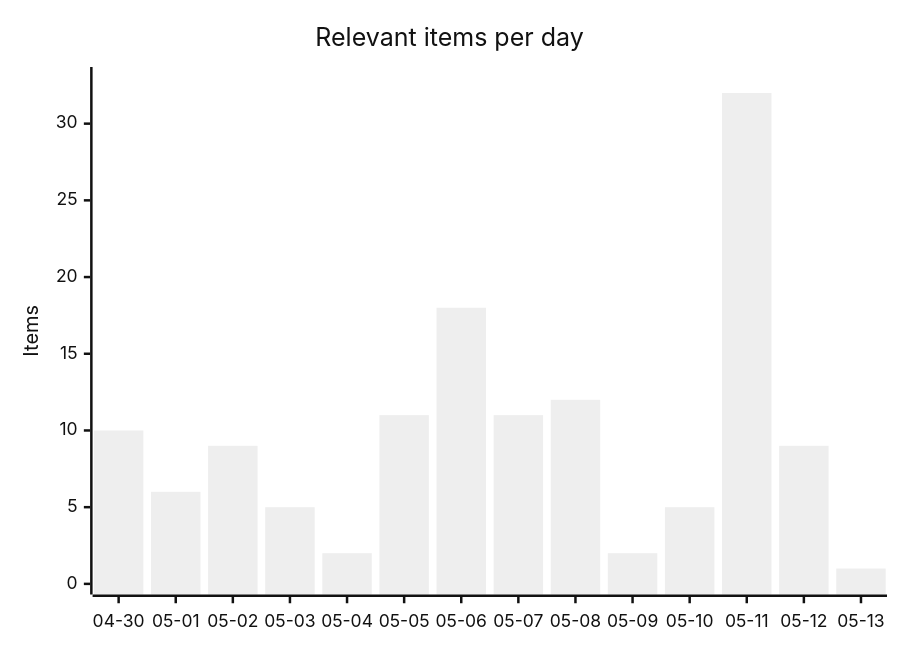
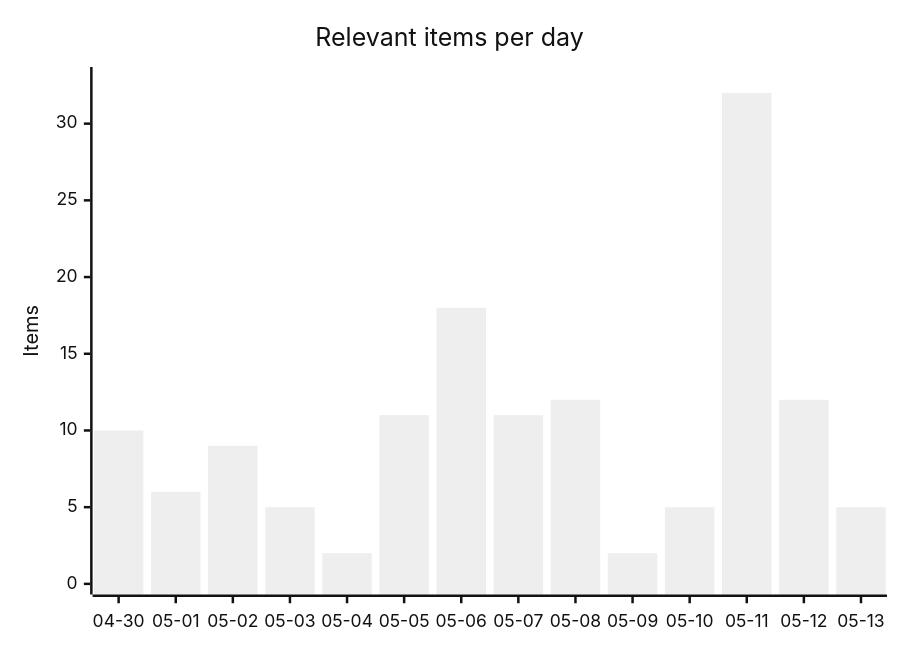
Before and after one commit to martinbalfanz/social-scanner-reports: the first of 4 diagrams in README.md, drawn with Mermaid (neutral theme). The commit also changed other lines of this file and 2 other files, not shown here.

````diff
--- a/README.md
+++ b/README.md
@@ -30,7 +30,7 @@
 ```mermaid
 xychart-beta
     title "Relevant items per day"
     x-axis ["04-30", "05-01", "05-02", "05-03", "05-04", "05-05", "05-06", "05-07", "05-08", "05-09", "05-10", "05-11", "05-12", "05-13"]
     y-axis "Items" 0 --> 33
-    bar [10, 6, 9, 5, 2, 11, 18, 11, 12, 2, 5, 32, 9, 1]
+    bar [10, 6, 9, 5, 2, 11, 18, 11, 12, 2, 5, 32, 12, 5]
 ```
````
